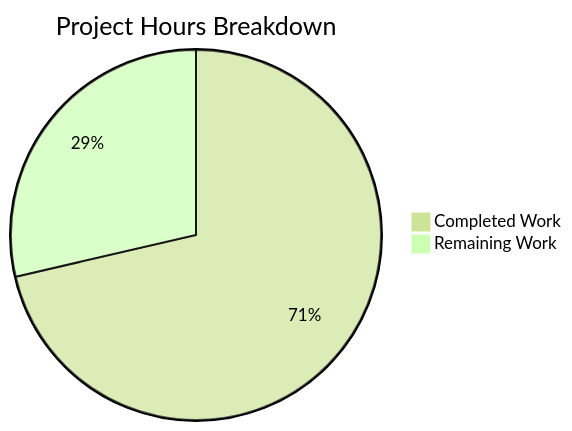
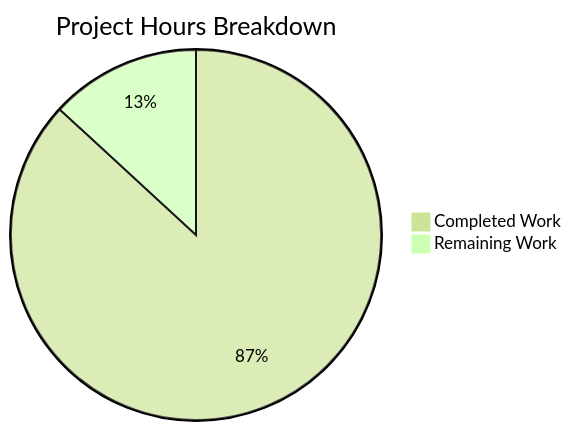
Before and after one commit to Blitzy-Sandbox/blitzy-SplendidCRM: the second of 3 diagrams in blitzy/documentation/Project Guide.md, drawn with Mermaid (forest theme). The commit also changed other lines of this file, not shown here.

Commit message:
Adding Blitzy Project Guide: Project Status and Human Tasks Remaining

````diff
--- a/blitzy/documentation/Project Guide.md
+++ b/blitzy/documentation/Project Guide.md
@@ -231,5 +225,5 @@
 ```mermaid
 pie title Project Hours Breakdown
-    "Completed Work" : 217
-    "Remaining Work" : 87
+    "Completed Work" : 350
+    "Remaining Work" : 53
 ```
````
